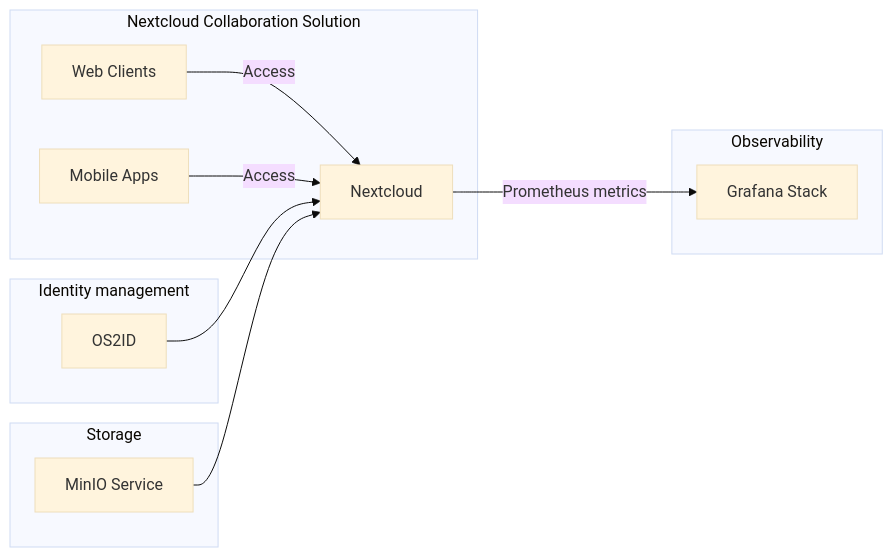
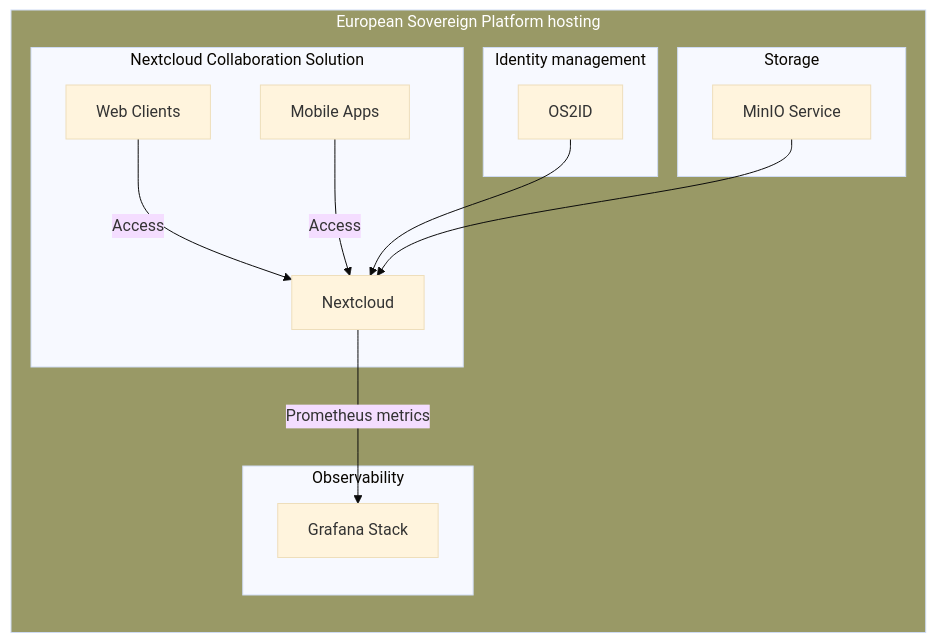
Before and after one commit to OS2lab/os2LibreShare: the diagram in README.md, drawn with Mermaid (base theme).

Commit message:
Update README.md
graph LR

EU sovereign cloud hosting prerequisite clarified in diagram

````diff
--- a/README.md
+++ b/README.md
@@ -19,19 +19,24 @@
 ```mermaid
 
 graph LR
+
+subgraph SH[European Sovereign Platform hosting]
     subgraph "Identity management"
         F[OS2ID]
     end
 
     subgraph "Nextcloud Collaboration Solution"
         A[Web Clients] -->|Access| B[Nextcloud]
         C[Mobile Apps] -->|Access| B[Nextcloud]
         F-->B
     end
     subgraph "Observability"
          B[Nextcloud] -->|Prometheus metrics| D[Grafana Stack]
     end
     subgraph "Storage"
         E[MinIO Service] --> B[Nextcloud]
     end
+end
+
+style SH color:#fff, fill:#996
 ```
````
